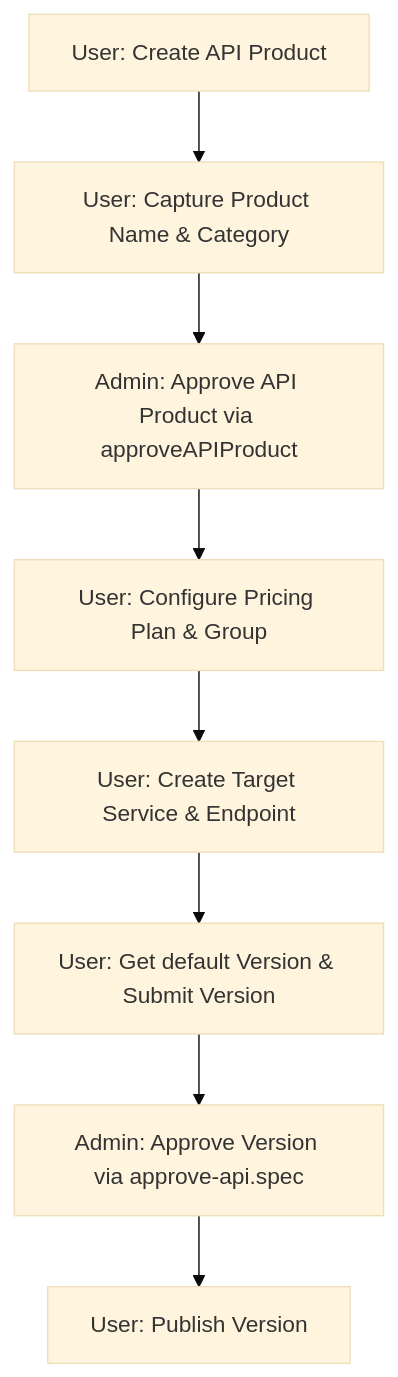
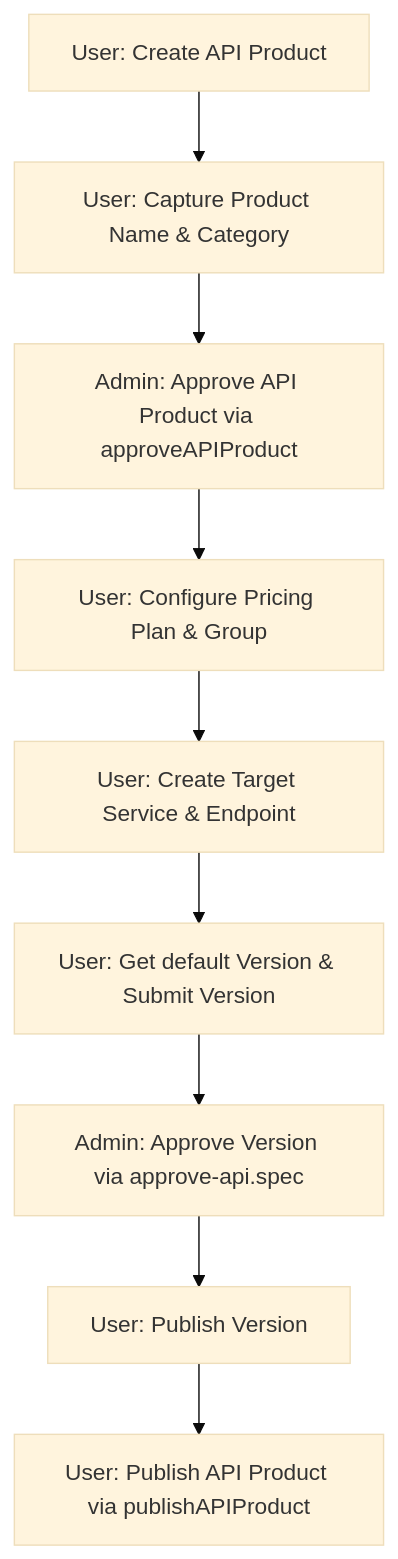
One commit to Muhammad-Azeem123/api-360-api-automation changed the diagram in README.md. Above: the diagram before and after it, drawn with Mermaid (base theme). The commit also changed other lines of this file, not shown here.

Commit message:
Update README.md with Published API Product workflow documentation

````diff
--- a/README.md
+++ b/README.md
@@ -138,10 +152,11 @@
 ```mermaid
 graph TD
     A[User: Create API Product] --> B[User: Capture Product Name & Category]
     B --> C[Admin: Approve API Product via approveAPIProduct]
     C --> D[User: Configure Pricing Plan & Group]
     D --> E[User: Create Target Service & Endpoint]
     E --> F[User: Get default Version & Submit Version]
     F --> G[Admin: Approve Version via approve-api.spec]
     G --> H[User: Publish Version]
+    H --> I[User: Publish API Product via publishAPIProduct]
 ```
````
